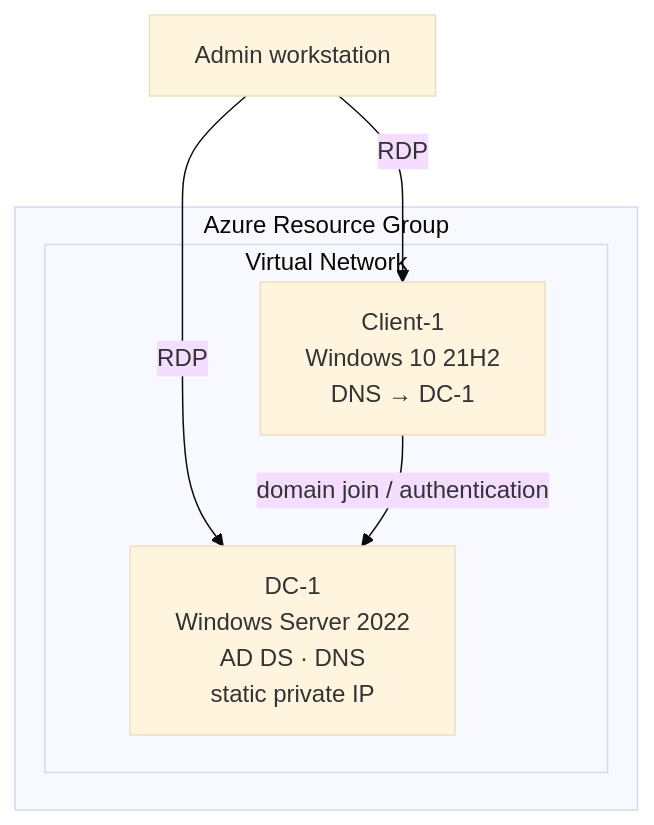
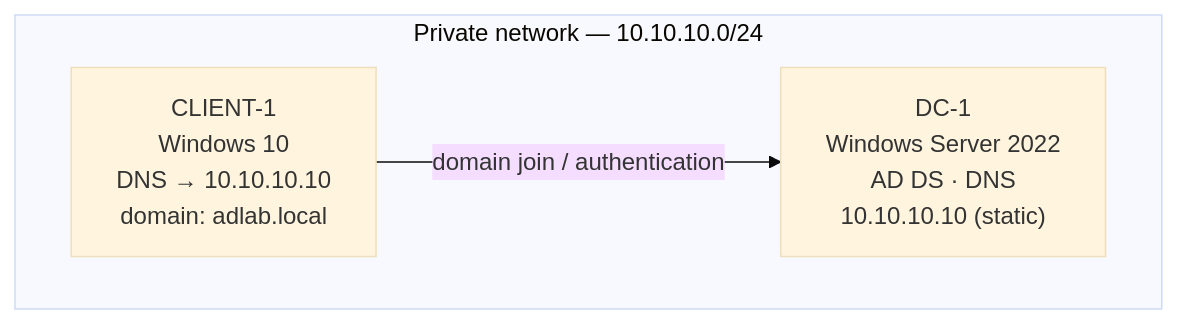
Before and after one commit to DorseaColwell/configure-ad: the diagram in README.md, drawn with Mermaid (base theme). The commit also changed other lines of this file and 7 other files, not shown here.

````diff
--- a/README.md
+++ b/README.md
@@ -25,12 +27,8 @@
 ```mermaid
 flowchart TB
-    subgraph RG["Azure Resource Group"]
-        subgraph VNET["Virtual Network"]
-            DC["DC-1<br/>Windows Server 2022<br/>AD DS · DNS<br/>static private IP"]
-            CLIENT["Client-1<br/>Windows 10 21H2<br/>DNS → DC-1"]
-        end
+    subgraph NET["Private network — 10.10.10.0/24"]
+        DC["DC-1<br/>Windows Server 2022<br/>AD DS · DNS<br/>10.10.10.10 (static)"]
+        CLIENT["CLIENT-1<br/>Windows 10<br/>DNS → 10.10.10.10<br/>domain: adlab.local"]
     end
-    ADMIN["Admin workstation"] -- RDP --> DC
-    ADMIN -- RDP --> CLIENT
     CLIENT -- "domain join / authentication" --> DC
 ```
````
